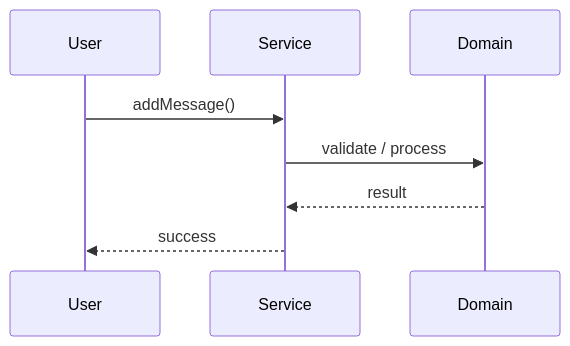
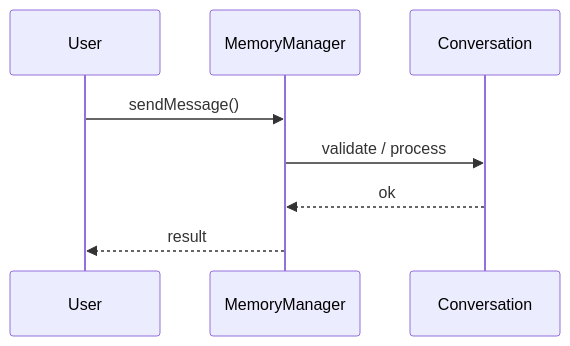
One commit to madhupaila/Interview-Prep-SSE changed the second of 3 diagrams in Learn/System Design - Low Level Design/05-genai-llm-lld/questions/Q04-conversation-memory-manager.md. Above: the diagram before and after it, drawn with Mermaid. The commit also changed other lines of this file and 491 other files, not shown here.

````diff
--- a/Learn/System Design - Low Level Design/05-genai-llm-lld/questions/Q04-conversation-memory-manager.md
+++ b/Learn/System Design - Low Level Design/05-genai-llm-lld/questions/Q04-conversation-memory-manager.md
@@ -121,10 +154,10 @@
 ```mermaid
 sequenceDiagram
-    participant U as User
-    participant S as Service
-    participant D as Domain
-    U->>S: addMessage()
-    S->>D: validate / process
-    D-->>S: result
-    S-->>U: success
+participant U as User
+participant S as MemoryManager
+participant D as Conversation
+U->>S: sendMessage()
+S->>D: validate / process
+D-->>S: ok
+S-->>U: result
 ```
````
